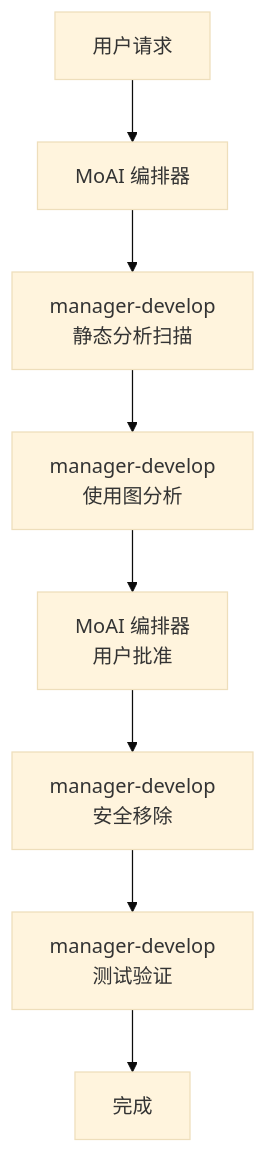
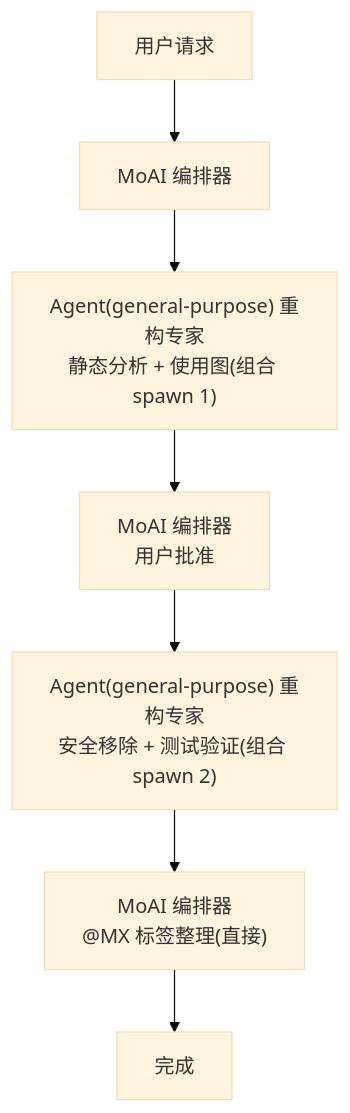
Before and after one commit to modu-ai/moai-adk: the second of 2 diagrams in docs-site/content/zh/utility-commands/moai-clean.md, drawn with Mermaid (base theme). The commit also changed other lines of this file and 180 other files, not shown here.

````diff
--- a/docs-site/content/zh/utility-commands/moai-clean.md
+++ b/docs-site/content/zh/utility-commands/moai-clean.md
@@ -173,10 +175,9 @@
 ```mermaid
 flowchart TD
     User["用户请求"] --> MoAI["MoAI 编排器"]
-    MoAI --> Refactor1["manager-develop<br/>静态分析扫描"]
-    Refactor1 --> Refactor2["manager-develop<br/>使用图分析"]
-    Refactor2 --> MoAI2["MoAI 编排器<br/>用户批准"]
-    MoAI2 --> Refactor3["manager-develop<br/>安全移除"]
-    Refactor3 --> Testing["manager-develop<br/>测试验证"]
-    Testing --> Complete["完成"]
+    MoAI --> Refactor1["Agent(general-purpose) 重构专家<br/>静态分析 + 使用图(组合 spawn 1)"]
+    Refactor1 --> MoAI2["MoAI 编排器<br/>用户批准"]
+    MoAI2 --> Refactor2["Agent(general-purpose) 重构专家<br/>安全移除 + 测试验证(组合 spawn 2)"]
+    Refactor2 --> MoAI3["MoAI 编排器<br/>@MX 标签整理(直接)"]
+    MoAI3 --> Complete["完成"]
 ```
````
